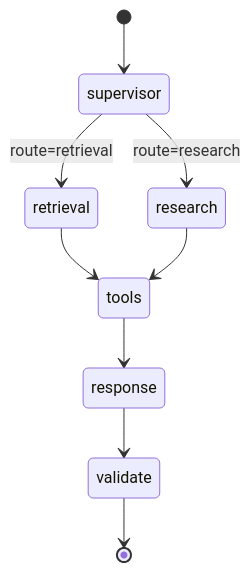
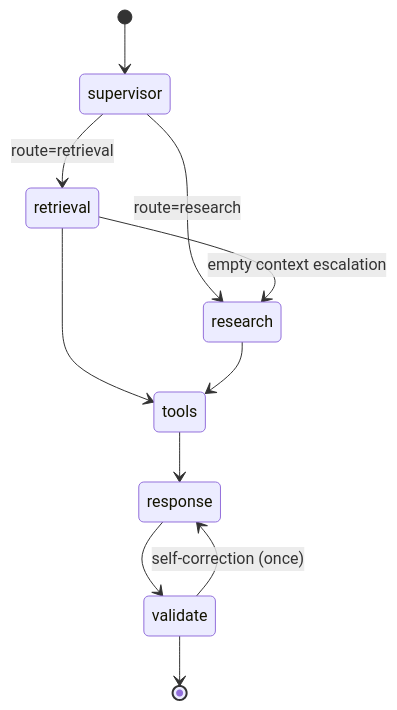
Before and after one commit to duminduanu/enterprise-ai-assistant: the second of 5 diagrams in docs/architecture.md, drawn with Mermaid. The commit also changed other lines of this file and 14 other files, not shown here.

````diff
--- a/docs/architecture.md
+++ b/docs/architecture.md
@@ -61,11 +61,13 @@
 ```mermaid
 stateDiagram-v2
     [*] --> supervisor
     supervisor --> retrieval: route=retrieval
     supervisor --> research: route=research
+    retrieval --> research: empty context escalation
     retrieval --> tools
     research --> tools
     tools --> response
     response --> validate
+    validate --> response: self-correction (once)
     validate --> [*]
 ```
````
